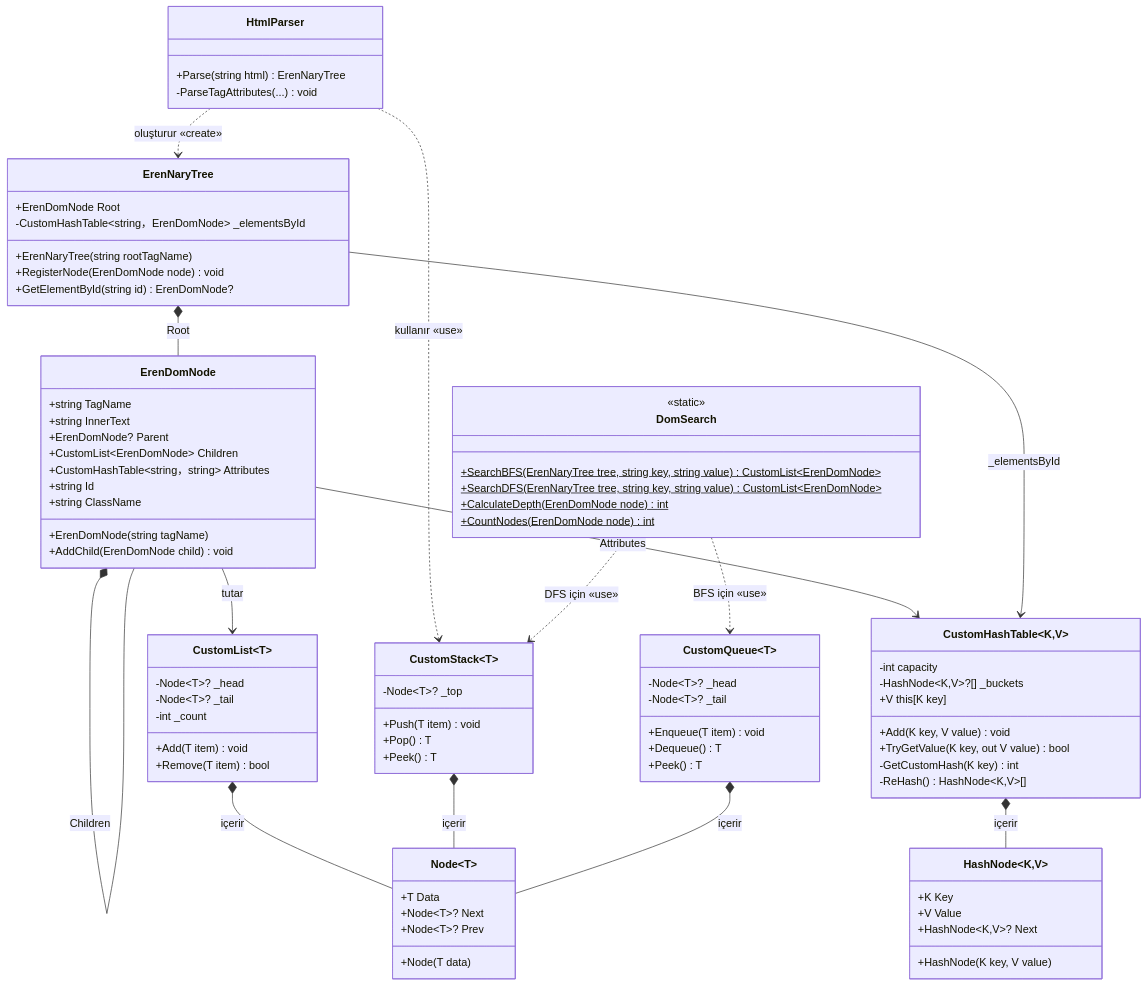
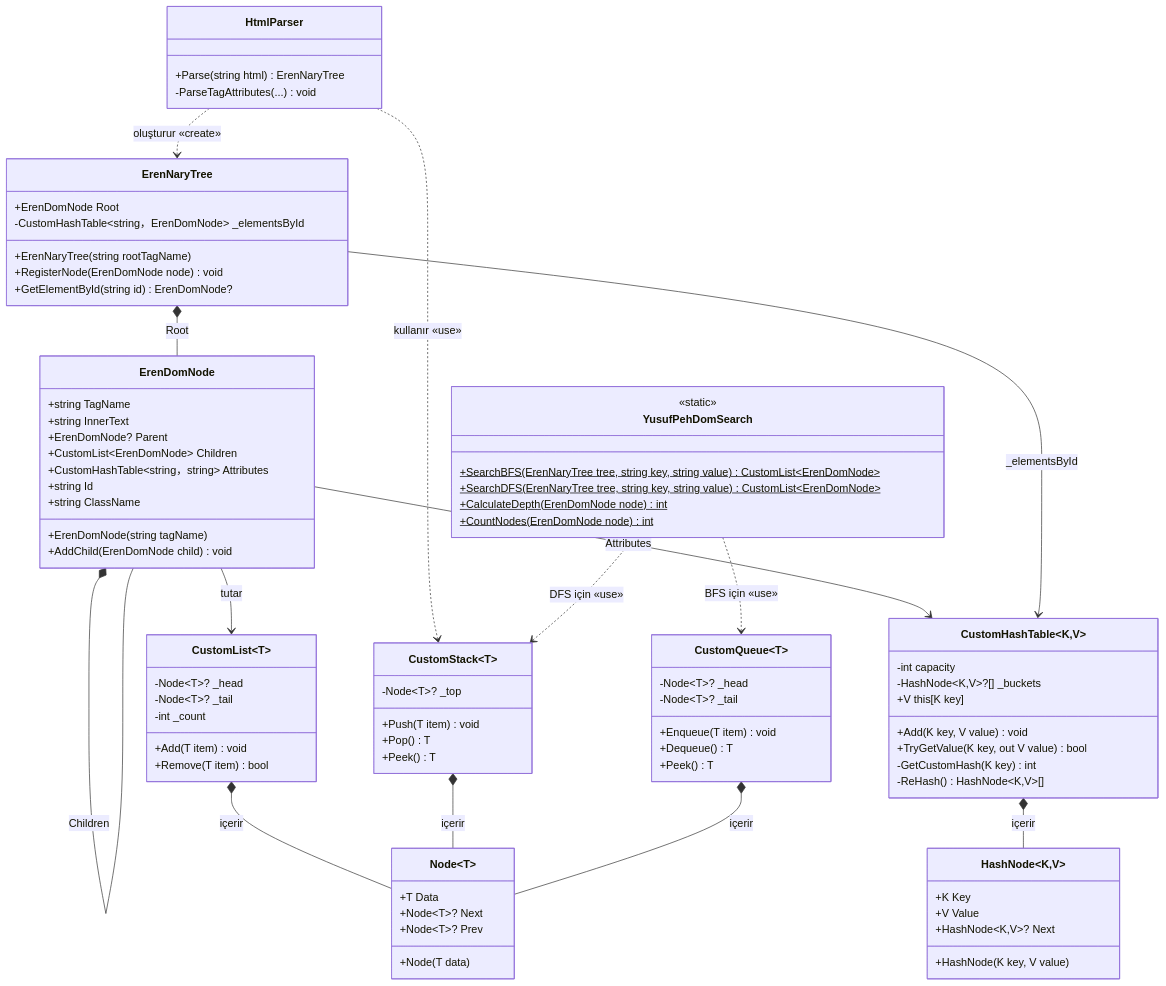
One commit to yagiz-dev/veri-yapilari-proje changed the diagram in README.md. Above: the diagram before and after it, drawn with Mermaid. The commit also changed 2 other files, not shown here.

Commit message:
İsim güncellemesi (#31)

````diff
--- a/README.md
+++ b/README.md
@@ -171,7 +171,7 @@
         -ParseTagAttributes(...) void
     }
 
-    class DomSearch {
+    class YusufPehDomSearch {
         <<static>>
         +SearchBFS(ErenNaryTree tree, string key, string value)$ CustomList~ErenDomNode~
         +SearchDFS(ErenNaryTree tree, string key, string value)$ CustomList~ErenDomNode~
@@ -196,6 +196,6 @@
 
     HtmlParser ..> ErenNaryTree : oluşturur «create»
     HtmlParser ..> `CustomStack~T~` : kullanır «use»
-    DomSearch ..> `CustomQueue~T~` : BFS için «use»
-    DomSearch ..> `CustomStack~T~` : DFS için «use»
+    YusufPehDomSearch..> `CustomQueue~T~` : BFS için «use»
+    YusufPehDomSearch ..> `CustomStack~T~` : DFS için «use»
 ```
````
